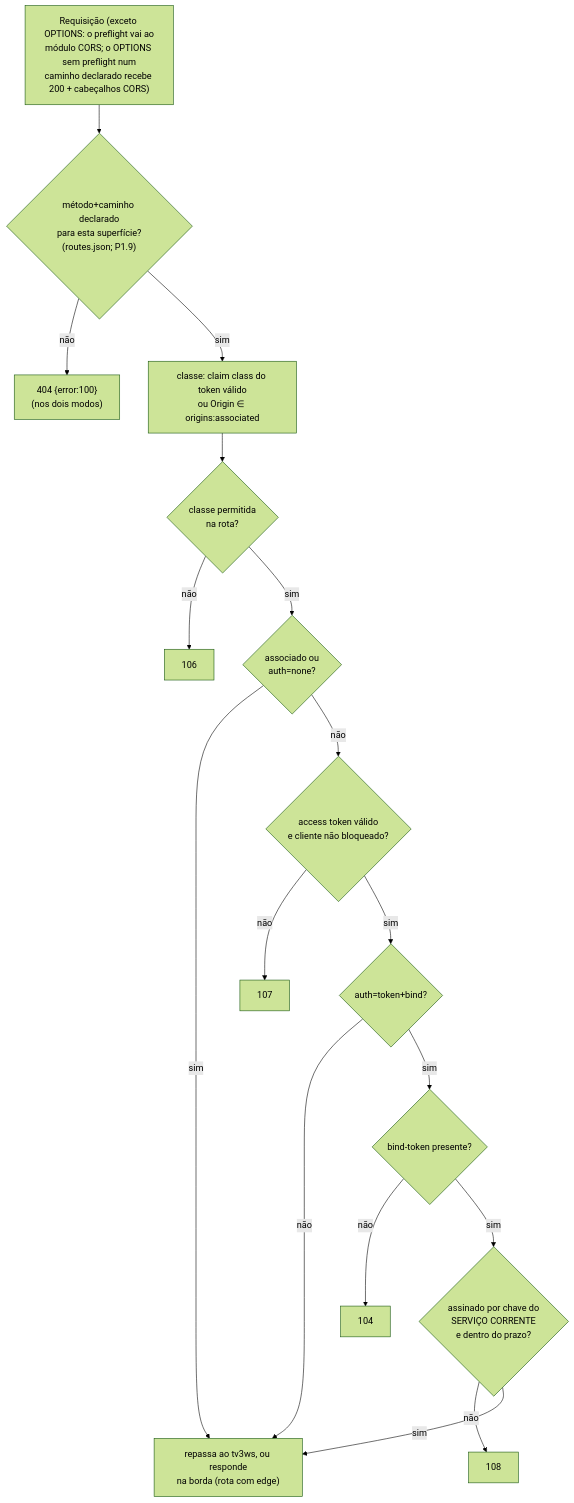
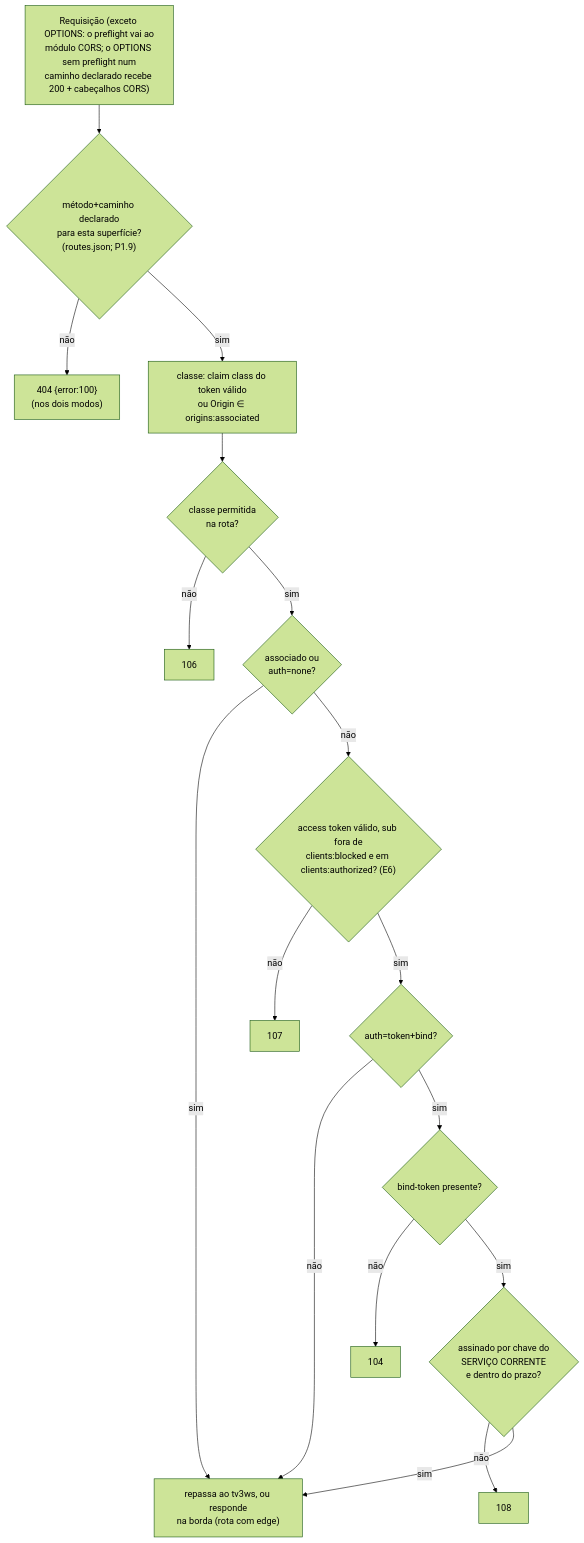
One commit to multisens/Infra changed the second of 3 diagrams in docs/05-autenticacao.md. Above: the diagram before and after it, drawn with Mermaid (forest theme). The commit also changed other lines of this file and 6 other files, not shown here.

````diff
--- a/docs/05-autenticacao.md
+++ b/docs/05-autenticacao.md
@@ -108,19 +108,19 @@
 ```mermaid
 flowchart TD
     R["Requisição (exceto OPTIONS: o preflight vai ao<br/>módulo CORS; o OPTIONS sem preflight num<br/>caminho declarado recebe 200 + cabeçalhos CORS)"] --> M{"método+caminho declarado<br/>para esta superfície?<br/>(routes.json; P1.9)"}
     M -->|não| E100["404 {error:100}<br/>(nos dois modos)"]
     M -->|sim| CL["classe: claim class do token válido<br/>ou Origin ∈ origins:associated"]
     CL --> K{"classe permitida<br/>na rota?"}
     K -->|não| E106["106"]
     K -->|sim| A{"associado ou<br/>auth=none?"}
     A -->|sim| OK["repassa ao tv3ws, ou responde<br/>na borda (rota com edge)"]
-    A -->|não| T{"access token válido<br/>e cliente não bloqueado?"}
+    A -->|não| T{"access token válido, sub fora de<br/>clients:blocked e em clients:authorized? (E6)"}
     T -->|não| E107["107"]
     T -->|sim| B{"auth=token+bind?"}
     B -->|não| OK
     B -->|sim| BT{"bind-token presente?"}
     BT -->|não| E104["104"]
     BT -->|sim| BV{"assinado por chave do<br/>SERVIÇO CORRENTE<br/>e dentro do prazo?"}
     BV -->|não| E108["108"]
     BV -->|sim| OK
 ```
````
